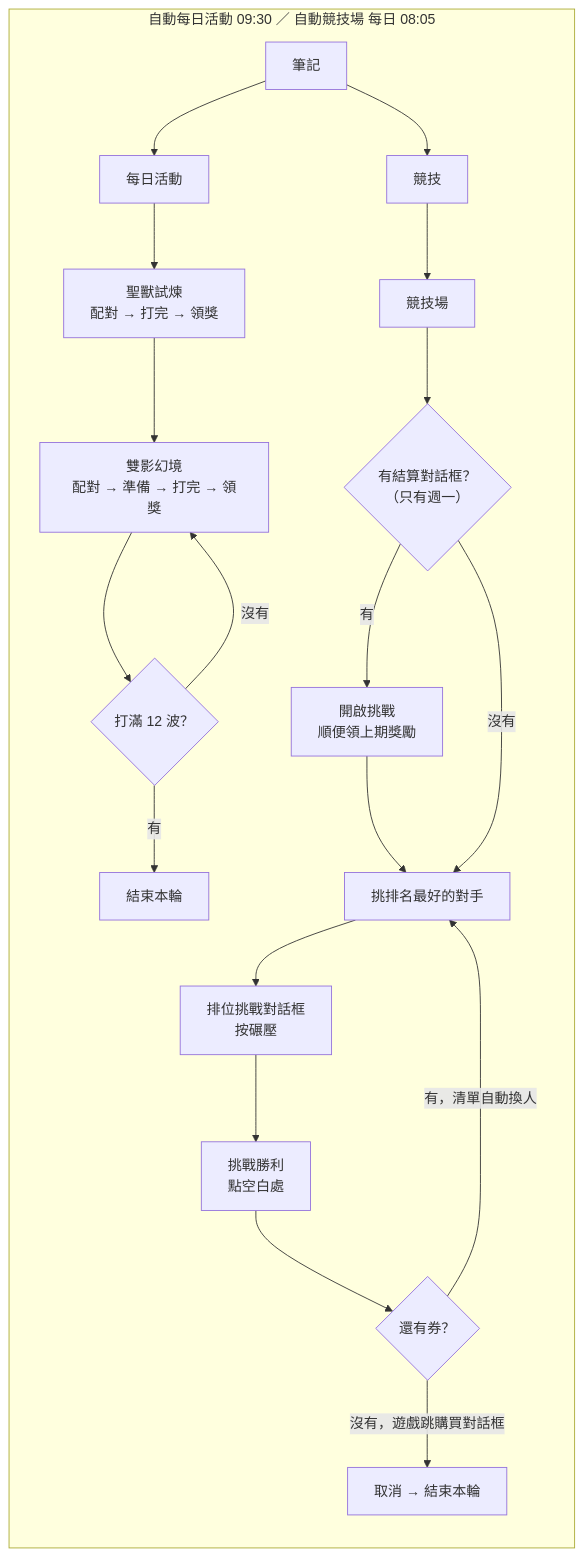
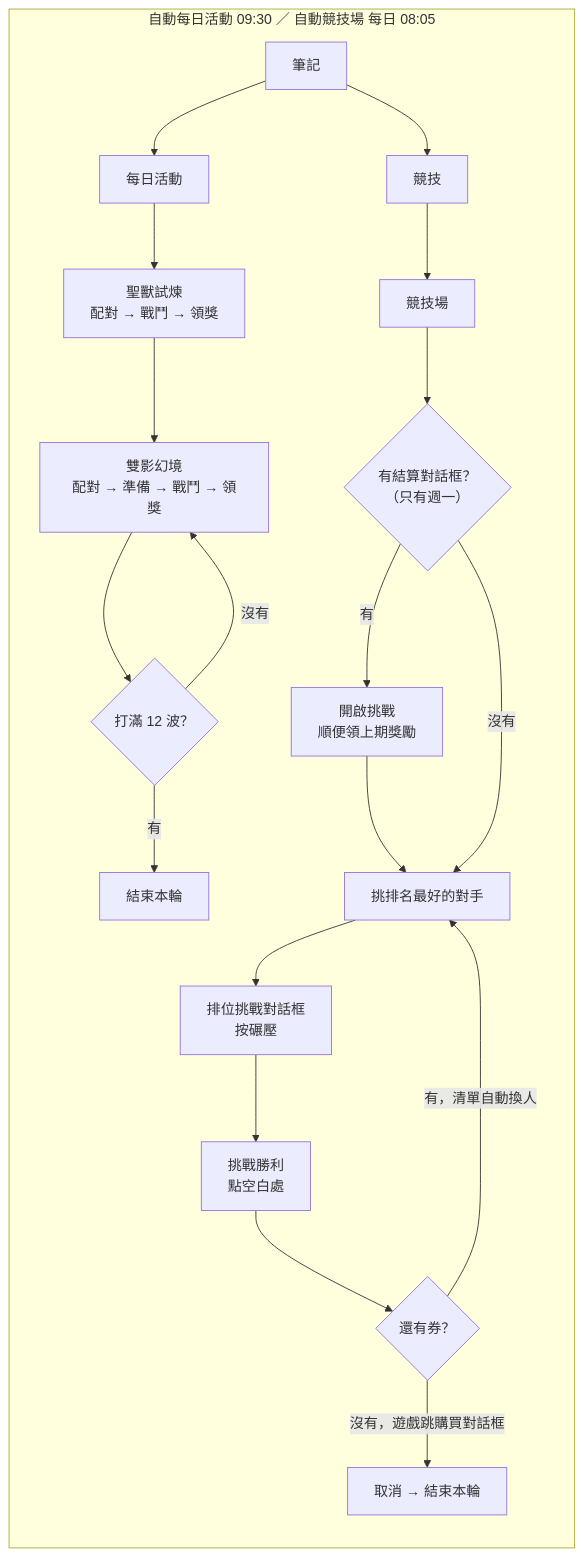
The fifth of 5 diagrams in README.md (LaiYueTing/scepter-and-sword-assistant), drawn with Mermaid before and after one commit. The commit also changed other lines of this file and 103 other files, not shown here.

````diff
--- a/README.md
+++ b/README.md
@@ -129,19 +129,19 @@
 ```mermaid
 flowchart LR
     subgraph A[自動每日活動 09:30 ／ 自動競技場 每日 08:05]
         A1[筆記] --> A2[每日活動]
-        A2 --> A3[聖獸試煉<br/>配對 → 打完 → 領獎]
-        A3 --> A4[雙影幻境<br/>配對 → 準備 → 打完 → 領獎]
+        A2 --> A3[聖獸試煉<br/>配對 → 戰鬥 → 領獎]
+        A3 --> A4[雙影幻境<br/>配對 → 準備 → 戰鬥 → 領獎]
         A4 --> A5{打滿 12 波？}
         A5 -->|沒有| A4
         A5 -->|有| A6[結束本輪]
         A1 --> B1[競技] --> B2[競技場]
         B2 --> B3{有結算對話框？<br/>（只有週一）}
         B3 -->|有| B4[開啟挑戰<br/>順便領上期獎勵] --> B5
         B3 -->|沒有| B5[挑排名最好的對手]
         B5 --> B6[排位挑戰對話框<br/>按碾壓] --> B7[挑戰勝利<br/>點空白處]
         B7 --> B8{還有券？}
         B8 -->|有，清單自動換人| B5
         B8 -->|沒有，遊戲跳購買對話框| B9[取消 → 結束本輪]
     end
 ```
````
